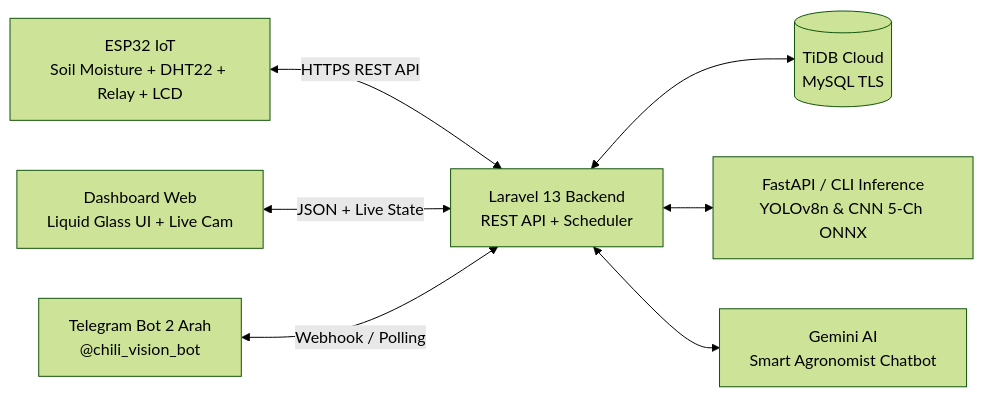
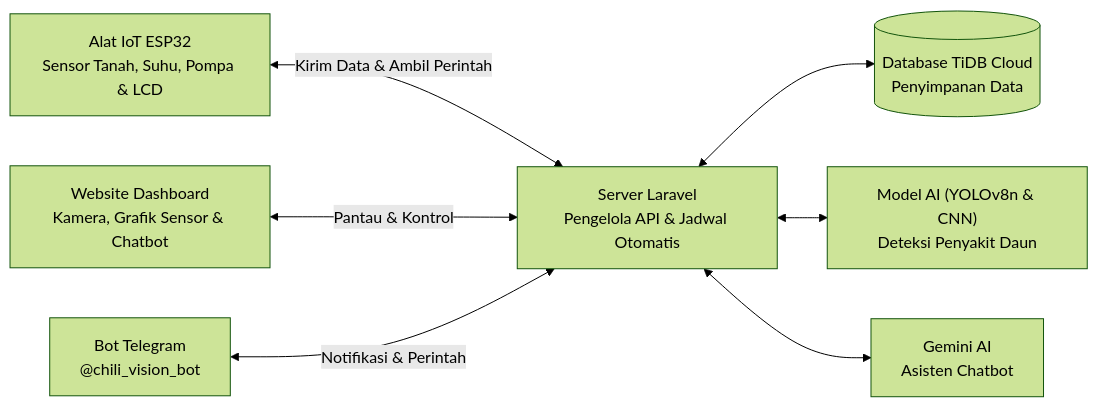
One commit to AbebAli0/Chilivision-Semester5 changed the diagram in README.md. Above: the diagram before and after it, drawn with Mermaid (forest theme). The commit also changed other lines of this file and 1 other file, not shown here.

````diff
--- a/README.md
+++ b/README.md
@@ -127,9 +125,9 @@
 ```mermaid
 flowchart LR
-    ESP["ESP32 IoT<br/>Soil Moisture + DHT22 + Relay + LCD"] <-->|HTTPS REST API| API["Laravel 13 Backend<br/>REST API + Scheduler"]
-    WEB["Dashboard Web<br/>Liquid Glass UI + Live Cam"] <-->|JSON + Live State| API
-    TG["Telegram Bot 2 Arah<br/>@chili_vision_bot"] <-->|Webhook / Polling| API
-    API <--> DB[("TiDB Cloud<br/>MySQL TLS")]
-    API <--> AI["FastAPI / CLI Inference<br/>YOLOv8n & CNN 5-Ch ONNX"]
-    API <--> GEM["Gemini AI<br/>Smart Agronomist Chatbot"]
+    ESP["Alat IoT ESP32<br/>Sensor Tanah, Suhu, Pompa & LCD"] <-->|Kirim Data & Ambil Perintah| API["Server Laravel<br/>Pengelola API & Jadwal Otomatis"]
+    WEB["Website Dashboard<br/>Kamera, Grafik Sensor & Chatbot"] <-->|Pantau & Kontrol| API
+    TG["Bot Telegram<br/>@chili_vision_bot"] <-->|Notifikasi & Perintah| API
+    API <--> DB[("Database TiDB Cloud<br/>Penyimpanan Data")]
+    API <--> AI["Model AI (YOLOv8n & CNN)<br/>Deteksi Penyakit Daun"]
+    API <--> GEM["Gemini AI<br/>Asisten Chatbot"]
 ```
````
